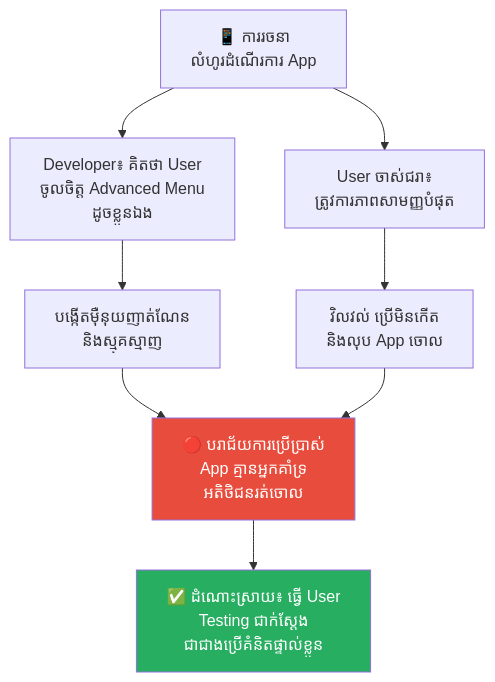
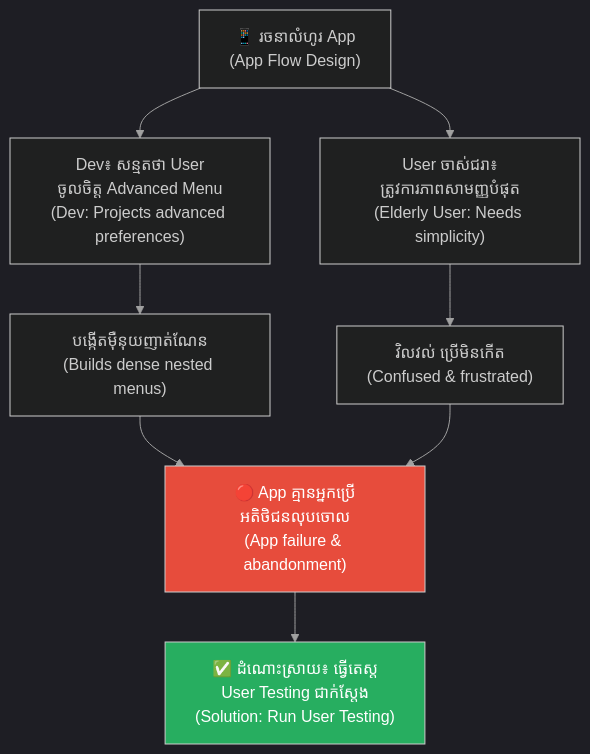
Before and after one commit to GuideStack/iblogger-feeds: the second of 5 diagrams in feeds/concepts/articles/04-projection-effect.md, drawn with Mermaid. The commit also changed other lines of this file, not shown here.

````diff
--- a/feeds/concepts/articles/04-projection-effect.md
+++ b/feeds/concepts/articles/04-projection-effect.md
@@ -94,13 +153,22 @@
 ```mermaid
+%%{init: {
+  'theme': 'dark',
+  'themeVariables': {
+    'background': '#1e1e1e',
+    'primaryTextColor': '#ffffff',
+    'lineColor': '#a0a0a0'
+  },
+  'themeCSS': 'svg { background-color: #1e1e1e !important; padding: 1rem !important; border-radius: 8px !important; } .edgeLabel rect { fill: #1e1e1e !important; } text, tspan { fill: #ffffff !important; }'
+}}%%
 graph TD
-    A["📱 ការរចនា<br/>លំហូរដំណើរការ App"] --> B["Developer៖ គិតថា User<br/>ចូលចិត្ត Advanced Menu<br/>ដូចខ្លួនឯង"]
-    A --> C["User ចាស់ជរា៖<br/>ត្រូវការភាពសាមញ្ញបំផុត"]
-    B --> D["បង្កើតម៉ឺនុយញាត់ណែន<br/>និងស្មុគស្មាញ"]
-    C --> E["វិលវល់ ប្រើមិនកើត<br/>និងលុប App ចោល"]
-    D --> F["🔴 បរាជ័យការប្រើប្រាស់<br/>App គ្មានអ្នកគាំទ្រ<br/>អតិថិជនរត់ចោល"]
+    A["📱 រចនាលំហូរ App<br/>(App Flow Design)"] --> B["Dev៖ សន្មតថា User<br/>ចូលចិត្ត Advanced Menu<br/>(Dev: Projects advanced preferences)"]
+    A --> C["User ចាស់ជរា៖<br/>ត្រូវការភាពសាមញ្ញបំផុត<br/>(Elderly User: Needs simplicity)"]
+    B --> D["បង្កើតម៉ឺនុយញាត់ណែន<br/>(Builds dense nested menus)"]
+    C --> E["វិលវល់ ប្រើមិនកើត<br/>(Confused & frustrated)"]
+    D --> F["🔴 App គ្មានអ្នកប្រើ<br/>អតិថិជនលុបចោល<br/>(App failure & abandonment)"]
     E --> F
-    F --> G["✅ ដំណោះស្រាយ៖ ធ្វើ User<br/>Testing ជាក់ស្តែង<br/>ជាជាងប្រើគំនិតផ្ទាល់ខ្លួន"]
+    F --> G["✅ ដំណោះស្រាយ៖ ធ្វើតេស្ត<br/>User Testing ជាក់ស្តែង<br/>(Solution: Run User Testing)"]
 
     style F fill:#e74c3c,color:#fff
     style G fill:#27ae60,color:#fff
 ```
````
